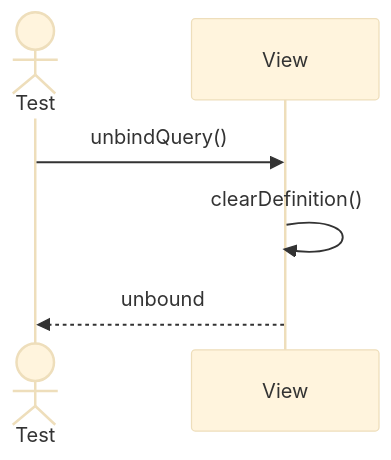
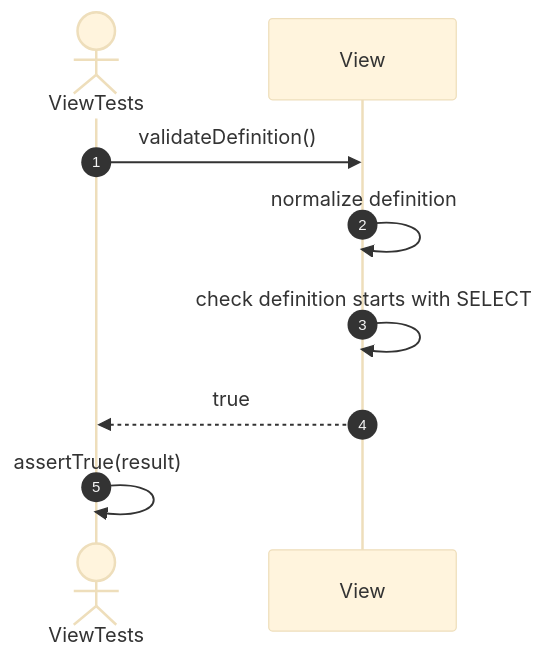
The eighth of 21 diagrams in src/tests/unit/metadata/sequences/view-testing.se.md (FhuAnn/-bbv-AN-s-DBMS), drawn with Mermaid (base theme) before and after one commit. The commit also changed other lines of this file and 60 other files, not shown here.

````diff
--- a/src/tests/unit/metadata/sequences/view-testing.se.md
+++ b/src/tests/unit/metadata/sequences/view-testing.se.md
@@ -117,9 +130,13 @@
 ```mermaid
 sequenceDiagram
-actor Test
-participant View
+    autonumber
+    actor Test as ViewTests
+    participant View as View
 
-Test->>View: unbindQuery()
-View->>View: clearDefinition()
-View-->>Test: unbound
+    Test->>View: validateDefinition()
+    View->>View: normalize definition
+    View->>View: check definition starts with SELECT
+    View-->>Test: true
+
+    Test->>Test: assertTrue(result)
 ```
````
